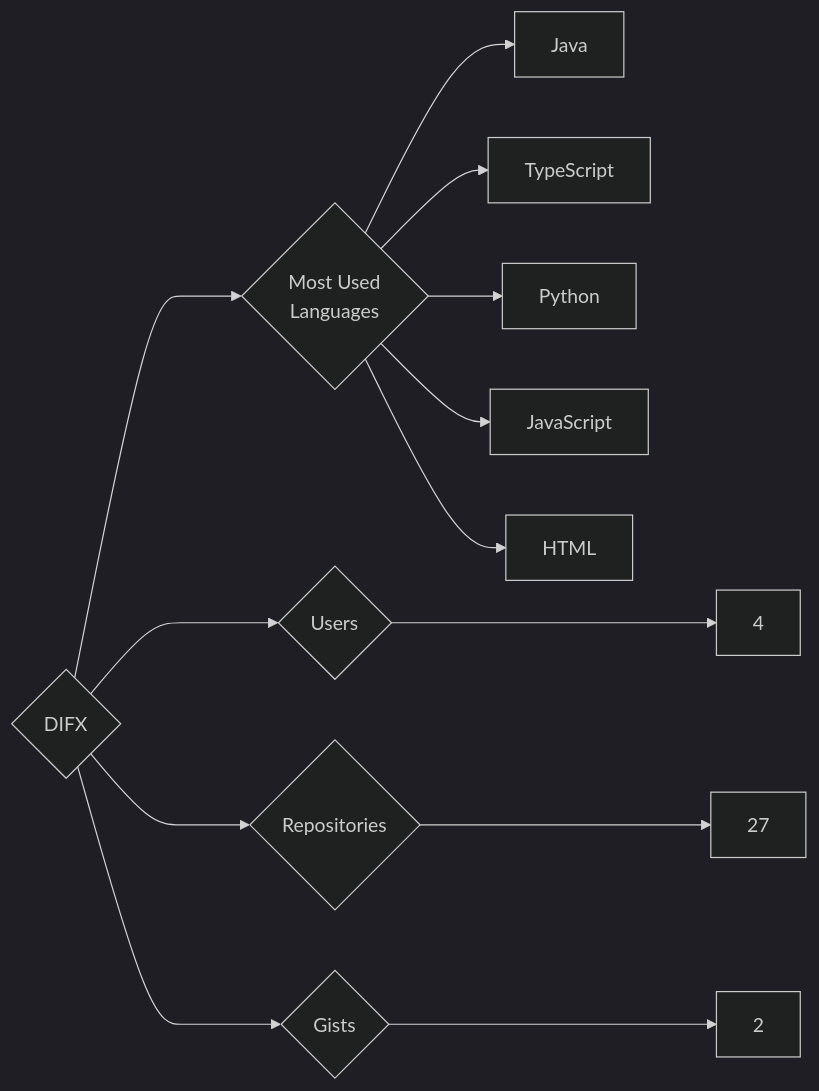
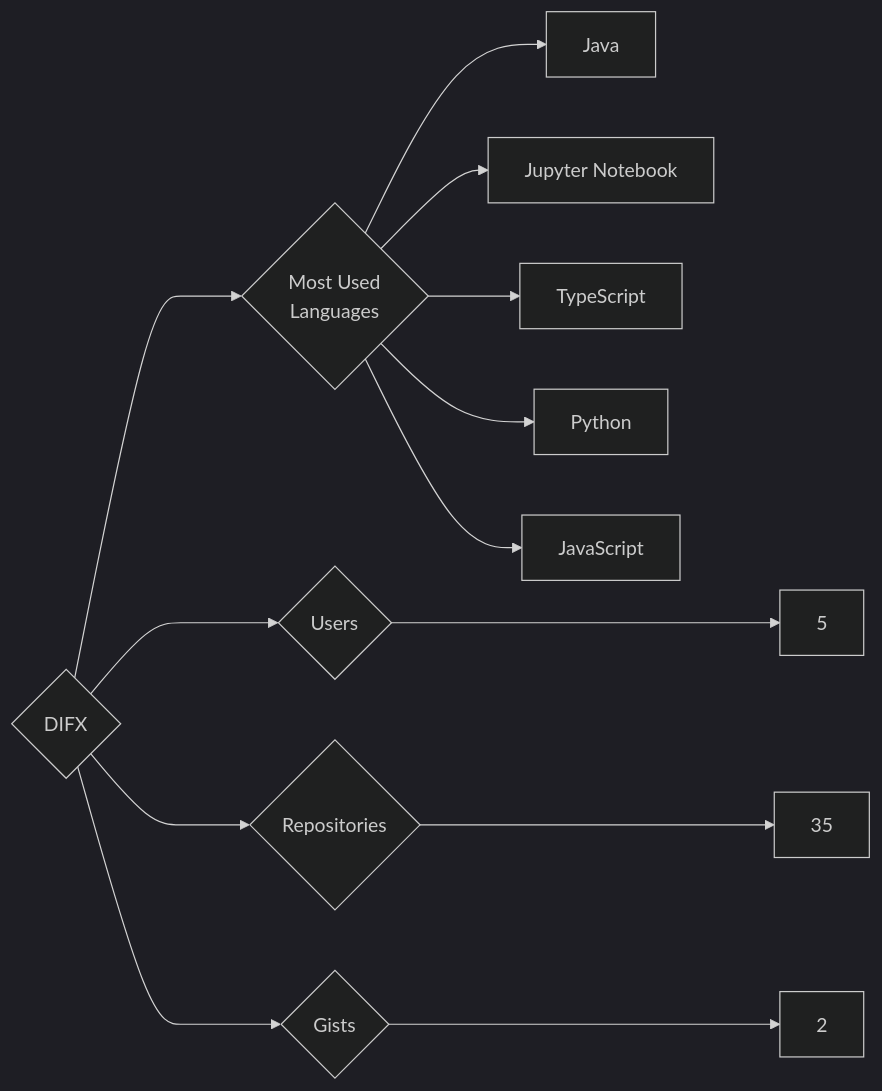
Before and after one commit to trickest/insiders: the diagram in targets/DIFX/README.md, drawn with Mermaid (dark theme). The commit also changed 942 other files, not shown here.

````diff
--- a/targets/DIFX/README.md
+++ b/targets/DIFX/README.md
@@ -3,13 +3,13 @@
 ```mermaid
 graph LR
 COMPANY_NAME{DIFX}
-COMPANY_NAME ---> U{Users} ---> UN[4]
-COMPANY_NAME ---> R{Repositories} ---> RN[27]
+COMPANY_NAME ---> U{Users} ---> UN[5]
+COMPANY_NAME ---> R{Repositories} ---> RN[35]
 COMPANY_NAME ---> G{Gists} ---> GN[2]
 COMPANY_NAME ---> ML{Most Used<br>Languages}
 ML --> Java[Java]
+ML --> Jupyter_Notebook[Jupyter Notebook]
 ML --> TypeScript[TypeScript]
 ML --> Python[Python]
 ML --> JavaScript[JavaScript]
-ML --> HTML[HTML]
 ```
````
